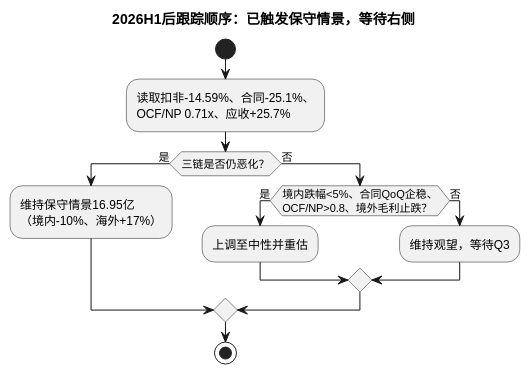
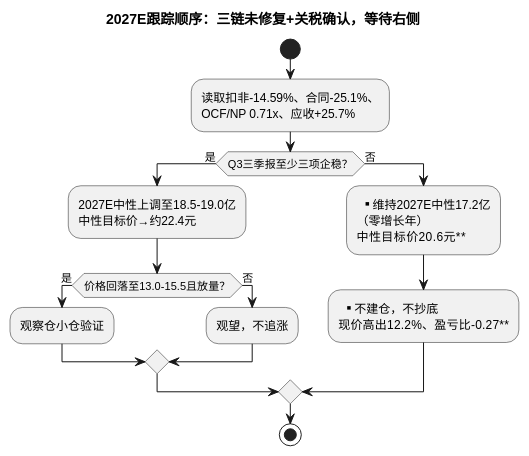
Before and after one commit to hrzzzrh/QuantPyLab: the diagram in investigation/equities/顾家家居/跟踪手册.md, drawn with PlantUML. The commit also changed other lines of this file and 1803 other files, not shown here.

````diff
--- a/investigation/equities/顾家家居/跟踪手册.md
+++ b/investigation/equities/顾家家居/跟踪手册.md
@@ -9,17 +9,19 @@
 ```plantuml
 @startuml
-title 2026H1后跟踪顺序：已触发保守情景，等待右侧
+title 2027E跟踪顺序：三链未修复+关税确认，等待右侧
 start
 :读取扣非-14.59%、合同-25.1%、\nOCF/NP 0.71x、应收+25.7%;
-if (三链是否仍恶化？) then (是)
-  :维持保守情景16.95亿\n（境内-10%、海外+17%）;
+if (Q3三季报至少三项企稳？) then (是)
+  :2027E中性上调至18.5-19.0亿\n中性目标价→约22.4元;
+  if (价格回落至13.0-15.5且放量？) then (是)
+    :观察仓小仓验证;
+  else (否)
+    :观望，不追涨;
+  endif
 else (否)
-  if (境内跌幅<5%、合同QoQ企稳、\nOCF/NP>0.8、境外毛利止跌？) then (是)
-    :上调至中性并重估;
-  else (否)
-    :维持观望，等待Q3;
-  endif
+  :**维持2027E中性17.2亿\n（零增长年）\n中性目标价20.6元**;
+  :**不建仓，不抄底\n现价高出12.2%、盈亏比-0.27**;
 endif
 stop
 @enduml
 ```
````
